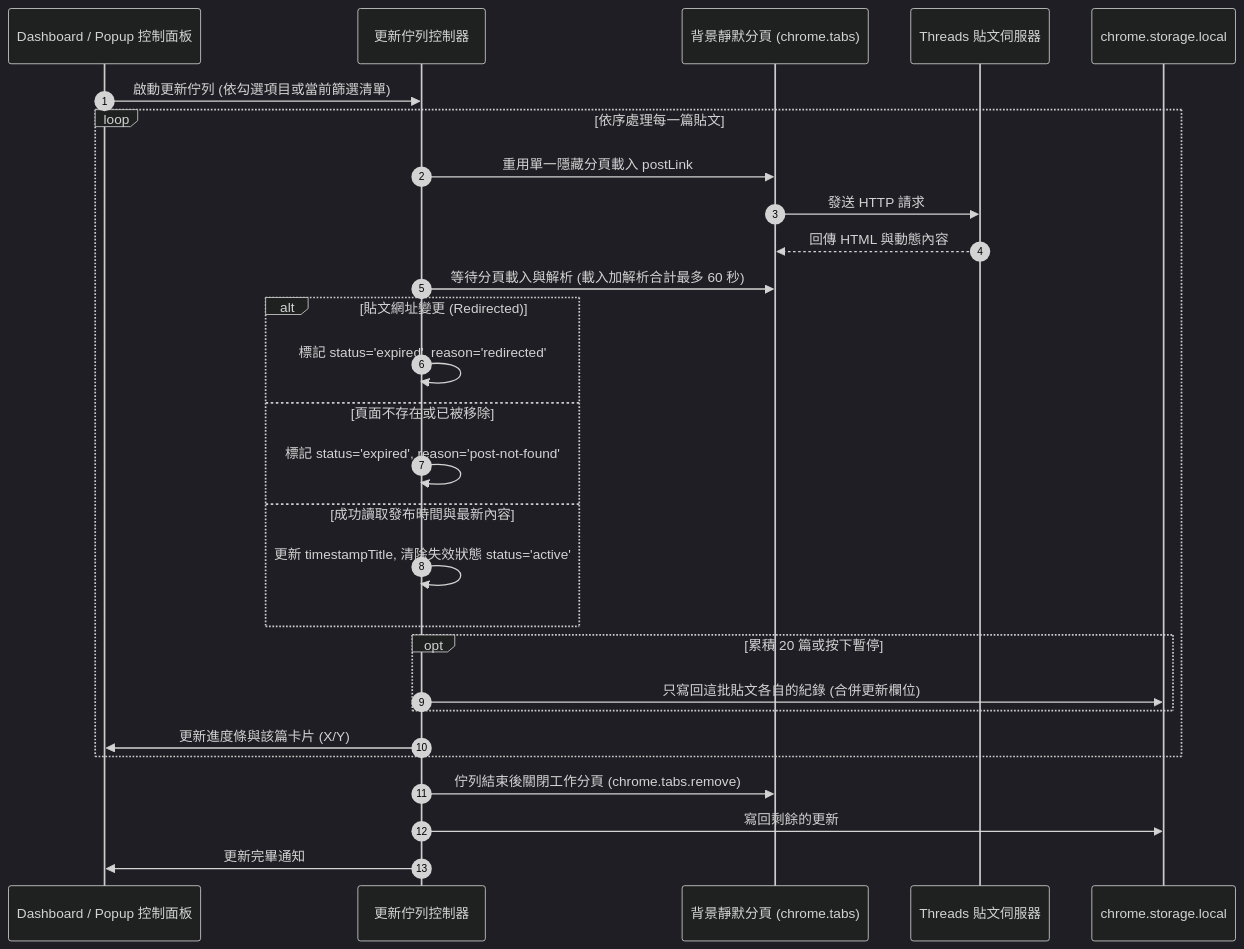
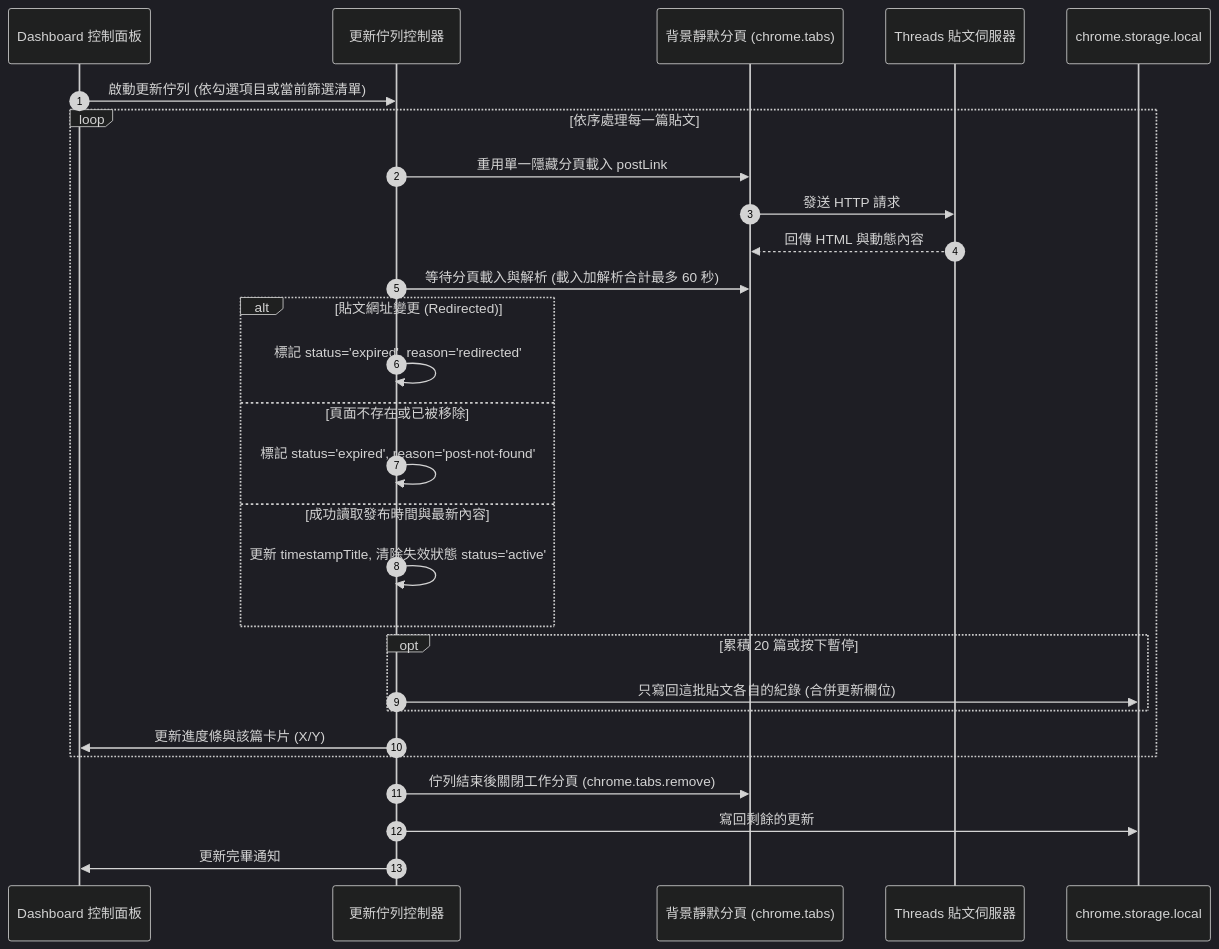
One commit to Scorpio-meow/Threadkeep changed the second of 3 diagrams in README.md. Above: the diagram before and after it, drawn with Mermaid (dark theme). The commit also changed other lines of this file and 45 other files, not shown here.

````diff
--- a/README.md
+++ b/README.md
@@ -378,31 +386,31 @@
 ```mermaid
 sequenceDiagram
     autonumber
-    participant UI as Dashboard / Popup 控制面板
+    participant UI as Dashboard 控制面板
     participant Queue as 更新佇列控制器
     participant Tab as 背景靜默分頁 (chrome.tabs)
     participant Page as Threads 貼文伺服器
     participant Storage as chrome.storage.local
 
     UI->>Queue: 啟動更新佇列 (依勾選項目或當前篩選清單)
     loop 依序處理每一篇貼文
         Queue->>Tab: 重用單一隱藏分頁載入 postLink
         Tab->>Page: 發送 HTTP 請求
         Page-->>Tab: 回傳 HTML 與動態內容
         Queue->>Tab: 等待分頁載入與解析 (載入加解析合計最多 60 秒)
         alt 貼文網址變更 (Redirected)
             Queue->>Queue: 標記 status='expired', reason='redirected'
         else 頁面不存在或已被移除
             Queue->>Queue: 標記 status='expired', reason='post-not-found'
         else 成功讀取發布時間與最新內容
             Queue->>Queue: 更新 timestampTitle, 清除失效狀態 status='active'
         end
         opt 累積 20 篇或按下暫停
             Queue->>Storage: 只寫回這批貼文各自的紀錄 (合併更新欄位)
         end
         Queue->>UI: 更新進度條與該篇卡片 (X/Y)
     end
     Queue->>Tab: 佇列結束後關閉工作分頁 (chrome.tabs.remove)
     Queue->>Storage: 寫回剩餘的更新
     Queue->>UI: 更新完畢通知
 ```
````
